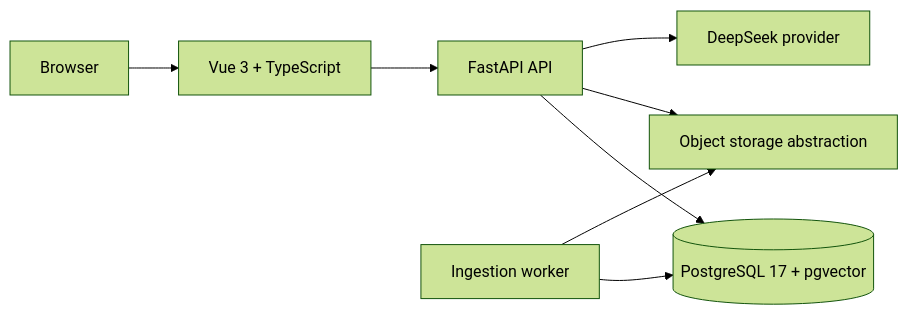
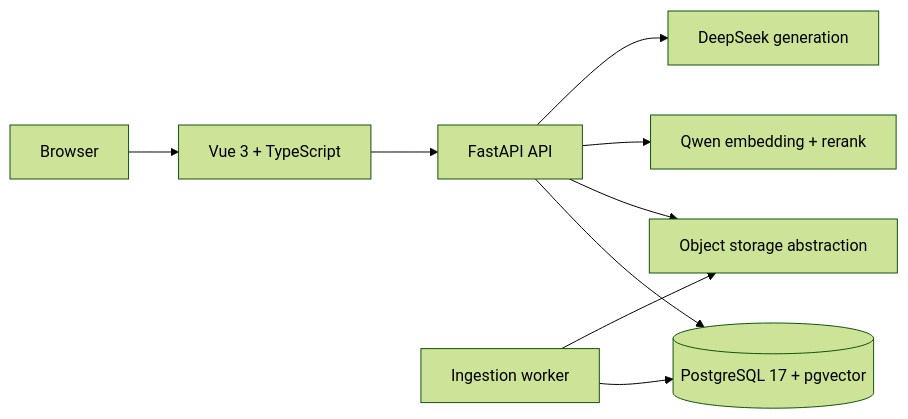
One commit to Bocch73/enterprise-knowledge-rag changed the diagram in README.md. Above: the diagram before and after it, drawn with Mermaid (forest theme). The commit also changed other lines of this file and 89 other files, not shown here.

````diff
--- a/README.md
+++ b/README.md
@@ -46,10 +57,11 @@
 ```mermaid
 flowchart LR
     browser["Browser"] --> frontend["Vue 3 + TypeScript"]
     frontend --> api["FastAPI API"]
     api --> database[("PostgreSQL 17 + pgvector")]
     api --> storage["Object storage abstraction"]
-    api --> model["DeepSeek provider"]
+    api --> qwen["Qwen embedding + rerank"]
+    api --> deepseek["DeepSeek generation"]
     worker["Ingestion worker"] --> database
     worker --> storage
 ```
````
